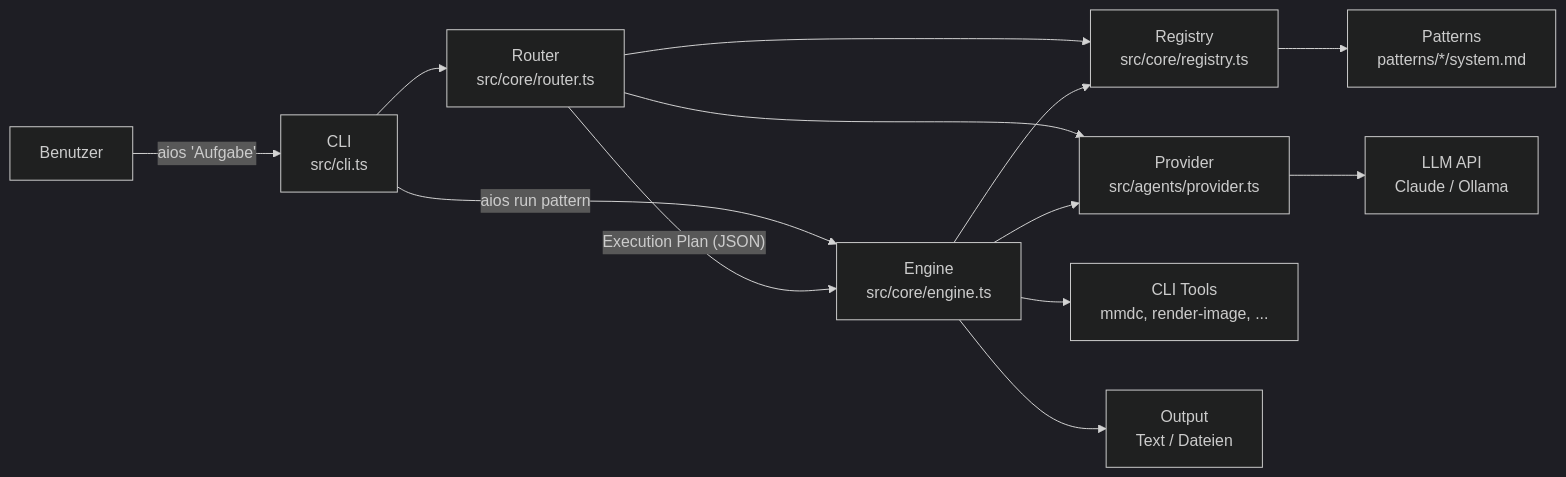
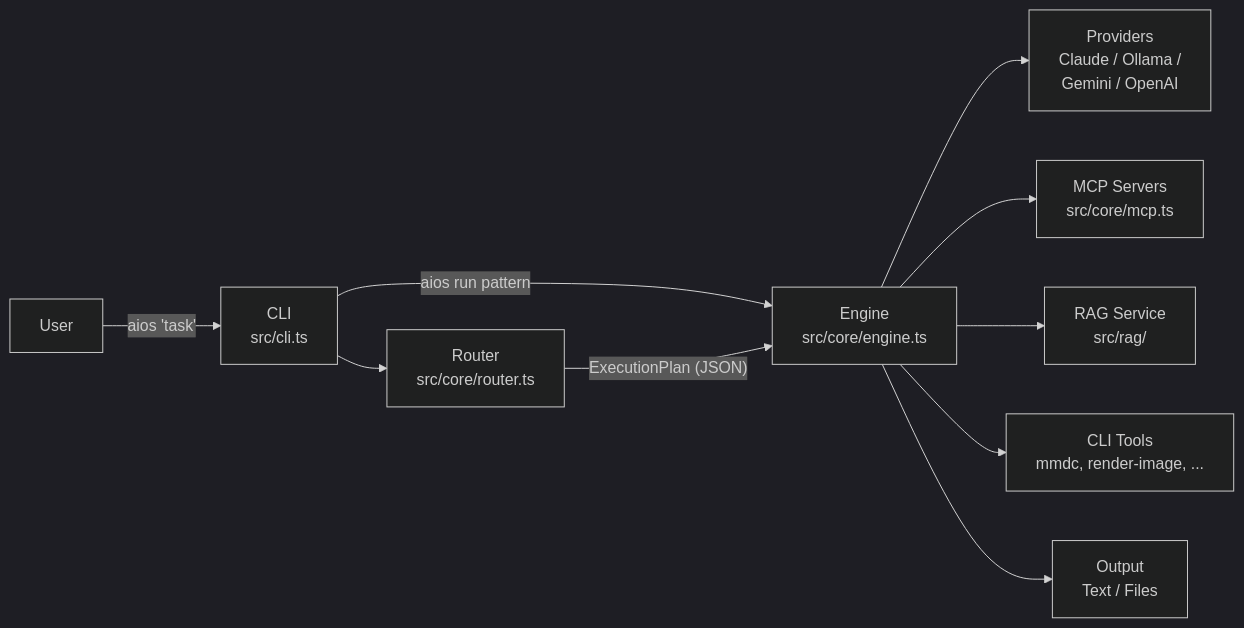
One commit to trosinde/AIOS changed the first of 5 diagrams in docs/ARCHITECTURE.md. Above: the diagram before and after it, drawn with Mermaid (dark theme). The commit also changed other lines of this file and 14 other files, not shown here.

````diff
--- a/docs/ARCHITECTURE.md
+++ b/docs/ARCHITECTURE.md
@@ -7,26 +19,22 @@
 ```mermaid
 graph LR
-    User["Benutzer"]
+    User["User"]
     CLI["CLI<br/>src/cli.ts"]
     Router["Router<br/>src/core/router.ts"]
     Engine["Engine<br/>src/core/engine.ts"]
-    Registry["Registry<br/>src/core/registry.ts"]
-    Provider["Provider<br/>src/agents/provider.ts"]
-    Patterns["Patterns<br/>patterns/*/system.md"]
-    LLM["LLM API<br/>Claude / Ollama"]
+    Providers["Providers<br/>Claude / Ollama /<br/>Gemini / OpenAI"]
+    MCP["MCP Servers<br/>src/core/mcp.ts"]
+    RAG["RAG Service<br/>src/rag/"]
     Tools["CLI Tools<br/>mmdc, render-image, ..."]
-    Output["Output<br/>Text / Dateien"]
+    Output["Output<br/>Text / Files"]
 
-    User -->|"aios 'Aufgabe'"| CLI
+    User -->|"aios 'task'"| CLI
     CLI --> Router
     CLI -->|"aios run pattern"| Engine
-    Router -->|"Execution Plan (JSON)"| Engine
-    Router --> Registry
-    Router --> Provider
-    Engine --> Registry
-    Engine --> Provider
+    Router -->|"ExecutionPlan (JSON)"| Engine
+    Engine --> Providers
+    Engine --> MCP
+    Engine --> RAG
     Engine --> Tools
-    Registry --> Patterns
-    Provider --> LLM
     Engine --> Output
 ```
````
